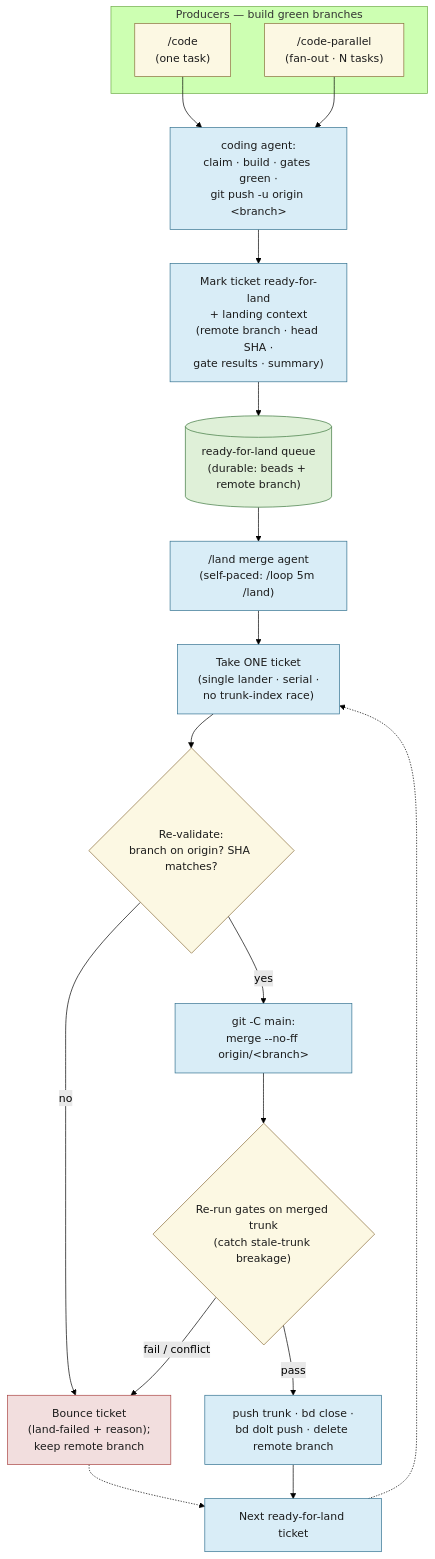
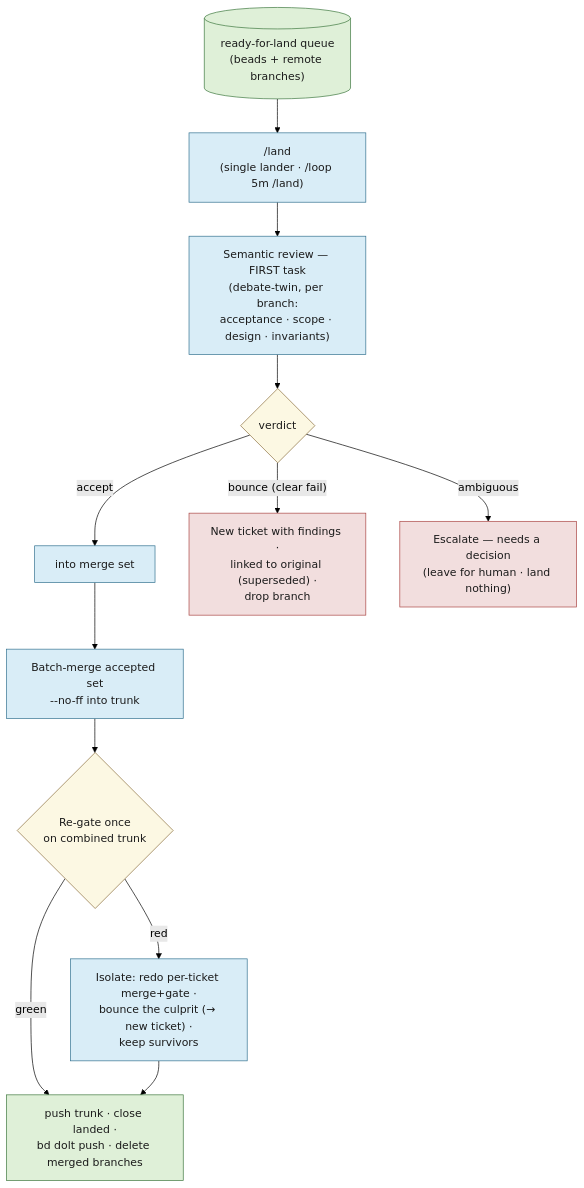
The fourth of 4 diagrams in docs/agents-workflow.md (bildzeitung/lode), drawn with Mermaid (forest theme) before and after one commit. The commit also changed other lines of this file and 2 other files, not shown here.

First line of the commit message:
docs(agents-workflow): revise landing loop — all-through-/land, split technical/semantic review (lode-wvf)

````diff
--- a/docs/agents-workflow.md
+++ b/docs/agents-workflow.md
@@ -249,34 +301,25 @@
 ```mermaid
 flowchart TD
-    subgraph PROD["Producers — build green branches"]
-        P1["/code<br>(one task)"]
-        P2["/code-parallel<br>(fan-out · N tasks)"]
-    end
-    P1 --> BUILD["coding agent:<br>claim · build · gates green ·<br>git push -u origin &lt;branch&gt;"]
-    P2 --> BUILD
-    BUILD --> MARK["Mark ticket ready-for-land<br>+ landing context<br>(remote branch · head SHA ·<br>gate results · summary)"]
-    MARK --> Q[("ready-for-land queue<br>(durable: beads + remote branch)")]
-
-    Q --> LAND["/land merge agent<br>(self-paced: /loop 5m /land)"]
-    LAND --> ONE["Take ONE ticket<br>(single lander · serial ·<br>no trunk-index race)"]
-    ONE --> VAL{"Re-validate:<br>branch on origin? SHA matches?"}
-    VAL -->|"no"| BOUNCE["Bounce ticket<br>(land-failed + reason);<br>keep remote branch"]
-    VAL -->|"yes"| MERGE["git -C main:<br>merge --no-ff origin/&lt;branch&gt;"]
-    MERGE --> REGATE{"Re-run gates on merged trunk<br>(catch stale-trunk breakage)"}
-    REGATE -->|"fail / conflict"| BOUNCE
-    REGATE -->|"pass"| PUSH["push trunk · bd close ·<br>bd dolt push · delete remote branch"]
-    PUSH --> NEXT["Next ready-for-land ticket"]
-    NEXT -.-> ONE
-    BOUNCE -.-> NEXT
+    Q[("ready-for-land queue<br>(beads + remote branches)")] --> LAND["/land<br>(single lander · /loop 5m /land)"]
+    LAND --> SEM["Semantic review — FIRST task<br>(debate-twin, per branch:<br>acceptance · scope · design · invariants)"]
+    SEM --> V{"verdict"}
+    V -->|"accept"| ACC["into merge set"]
+    V -->|"bounce (clear fail)"| NEW["New ticket with findings ·<br>linked to original (superseded) ·<br>drop branch"]
+    V -->|"ambiguous"| HUMAN["Escalate — needs a decision<br>(leave for human · land nothing)"]
+    ACC --> MERGE["Batch-merge accepted set<br>--no-ff into trunk"]
+    MERGE --> RG{"Re-gate once<br>on combined trunk"}
+    RG -->|"green"| PUSH["push trunk · close landed ·<br>bd dolt push · delete merged branches"]
+    RG -->|"red"| ISO["Isolate: redo per-ticket merge+gate ·<br>bounce the culprit (→ new ticket) ·<br>keep survivors"]
+    ISO --> PUSH
 
     classDef start fill:#fcf8e3,stroke:#8a6d3b,color:#1b1b1b;
     classDef work fill:#d9edf7,stroke:#31708f,color:#1b1b1b;
     classDef gate fill:#fcf8e3,stroke:#8a6d3b,color:#1b1b1b;
     classDef bad fill:#f2dede,stroke:#a94442,color:#1b1b1b;
     classDef good fill:#dff0d8,stroke:#3c763d,color:#1b1b1b;
-    class P1,P2 start;
-    class BUILD,MARK,LAND,ONE,MERGE,PUSH,NEXT work;
-    class VAL,REGATE gate;
-    class BOUNCE bad;
     class Q good;
+    class LAND,SEM,ACC,MERGE,ISO work;
+    class V,RG gate;
+    class NEW,HUMAN bad;
+    class PUSH good;
 ```
````
